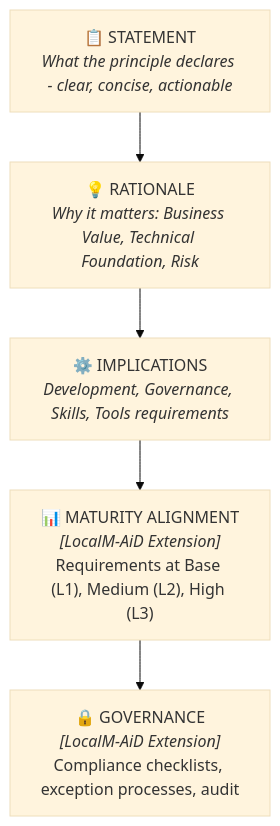
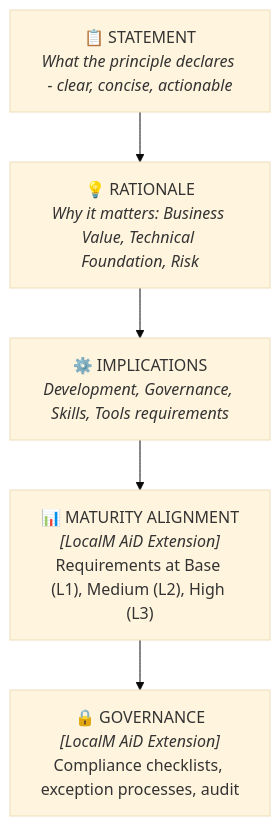
Before and after one commit to nilayparikh/ai-agent-ea-framework: the second of 3 diagrams in principles/index.md, drawn with Mermaid (base theme). The commit also changed other lines of this file and 18 other files, not shown here.

````diff
--- a/principles/index.md
+++ b/principles/index.md
@@ -224,10 +224,10 @@
 ```mermaid
 flowchart TB
     Statement["📋 STATEMENT<br/><i>What the principle declares - clear, concise, actionable</i>"]
     Rationale["💡 RATIONALE<br/><i>Why it matters: Business Value, Technical Foundation, Risk</i>"]
     Implications["⚙️ IMPLICATIONS<br/><i>Development, Governance, Skills, Tools requirements</i>"]
-    Maturity["📊 MATURITY ALIGNMENT<br/><i>[LocalM-AiD Extension]</i><br/>Requirements at Base (L1), Medium (L2), High (L3)"]
-    Governance["🔒 GOVERNANCE<br/><i>[LocalM-AiD Extension]</i><br/>Compliance checklists, exception processes, audit"]
+    Maturity["📊 MATURITY ALIGNMENT<br/><i>[LocalM AiD Extension]</i><br/>Requirements at Base (L1), Medium (L2), High (L3)"]
+    Governance["🔒 GOVERNANCE<br/><i>[LocalM AiD Extension]</i><br/>Compliance checklists, exception processes, audit"]
 
     Statement --> Rationale --> Implications --> Maturity --> Governance
 ```
````
